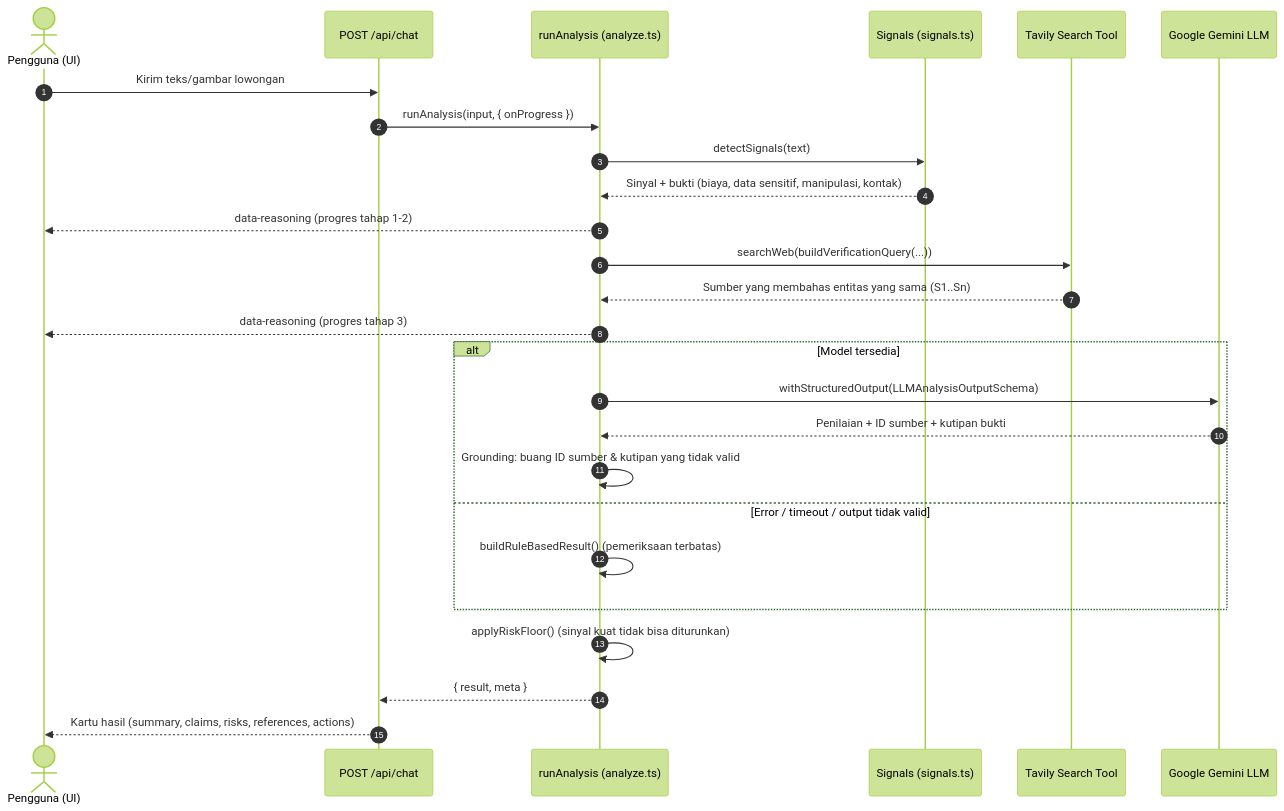
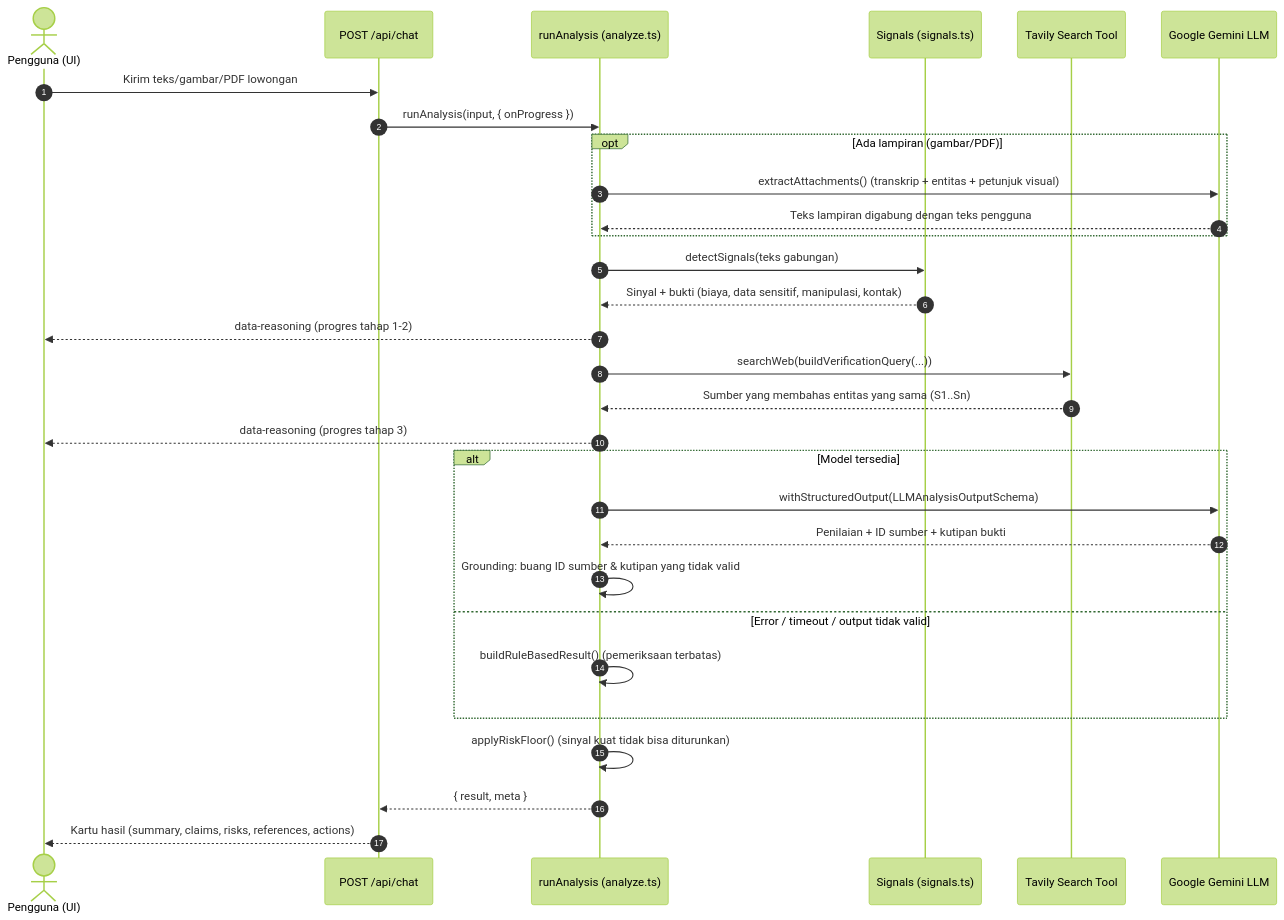
Before and after one commit to afifalhauzan/fact-checker: the diagram in docs/wiki/ai/02-PROCESS-WORKFLOW.md, drawn with Mermaid (forest theme). The commit also changed other lines of this file and 2 other files, not shown here.

Commit message:
docs(ai): document the attachment read-first stage and PDF support

````diff
--- a/docs/wiki/ai/02-PROCESS-WORKFLOW.md
+++ b/docs/wiki/ai/02-PROCESS-WORKFLOW.md
@@ -9,32 +9,36 @@
 ```mermaid
 sequenceDiagram
     autonumber
     actor User as Pengguna (UI)
     participant Route as POST /api/chat
     participant Engine as runAnalysis (analyze.ts)
     participant Rules as Signals (signals.ts)
     participant Tavily as Tavily Search Tool
     participant LLM as Google Gemini LLM
 
-    User->>Route: Kirim teks/gambar lowongan
+    User->>Route: Kirim teks/gambar/PDF lowongan
     Route->>Engine: runAnalysis(input, { onProgress })
-    Engine->>Rules: detectSignals(text)
+    opt Ada lampiran (gambar/PDF)
+        Engine->>LLM: extractAttachments() (transkrip + entitas + petunjuk visual)
+        LLM-->>Engine: Teks lampiran digabung dengan teks pengguna
+    end
+    Engine->>Rules: detectSignals(teks gabungan)
     Rules-->>Engine: Sinyal + bukti (biaya, data sensitif, manipulasi, kontak)
     Engine-->>User: data-reasoning (progres tahap 1-2)
 
     Engine->>Tavily: searchWeb(buildVerificationQuery(...))
     Tavily-->>Engine: Sumber yang membahas entitas yang sama (S1..Sn)
     Engine-->>User: data-reasoning (progres tahap 3)
 
     alt Model tersedia
         Engine->>LLM: withStructuredOutput(LLMAnalysisOutputSchema)
         LLM-->>Engine: Penilaian + ID sumber + kutipan bukti
         Engine->>Engine: Grounding: buang ID sumber & kutipan yang tidak valid
     else Error / timeout / output tidak valid
         Engine->>Engine: buildRuleBasedResult() (pemeriksaan terbatas)
     end
 
     Engine->>Engine: applyRiskFloor() (sinyal kuat tidak bisa diturunkan)
     Engine-->>Route: { result, meta }
     Route-->>User: Kartu hasil (summary, claims, risks, references, actions)
 ```
````
